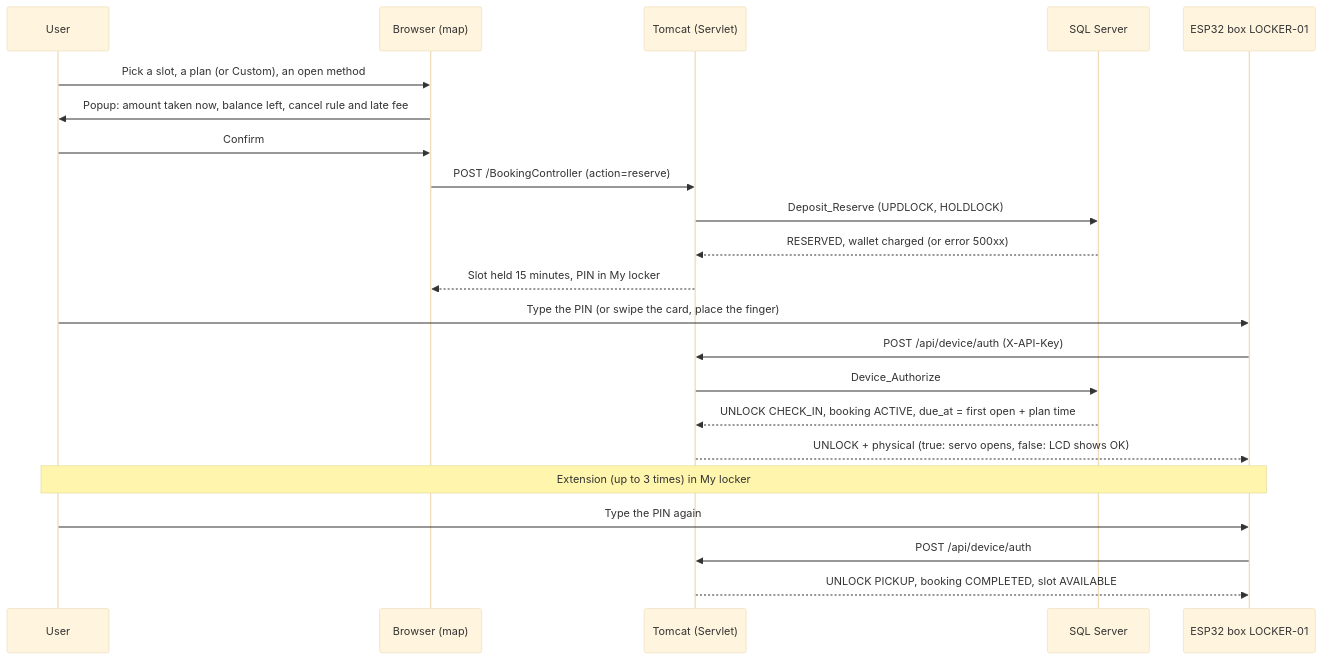
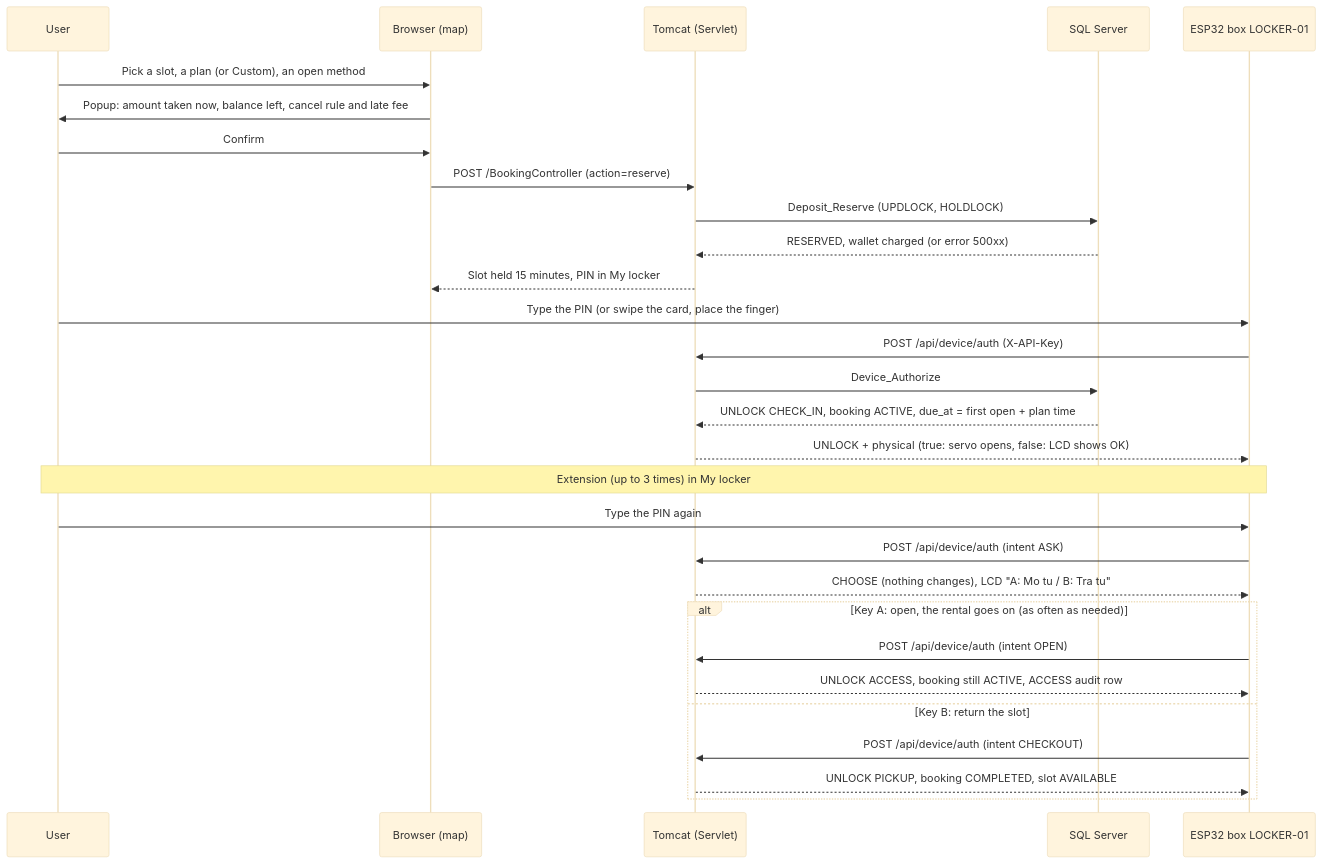
One commit to HoangDuc1003/SmartLocker changed the first of 4 diagrams in README.en.md. Above: the diagram before and after it, drawn with Mermaid (base theme). The commit also changed other lines of this file and 39 other files, not shown here.

Commit message:
update RFID flowwork and modify readme refactor codebase

````diff
--- a/README.en.md
+++ b/README.en.md
@@ -294,25 +301,32 @@
 ```mermaid
 sequenceDiagram
     participant U as User
     participant W as Browser (map)
     participant S as Tomcat (Servlet)
     participant D as SQL Server
     participant B as ESP32 box LOCKER-01
 
     U->>W: Pick a slot, a plan (or Custom), an open method
     W->>U: Popup: amount taken now, balance left, cancel rule and late fee
     U->>W: Confirm
     W->>S: POST /BookingController (action=reserve)
     S->>D: Deposit_Reserve (UPDLOCK, HOLDLOCK)
     D-->>S: RESERVED, wallet charged (or error 500xx)
     S-->>W: Slot held 15 minutes, PIN in My locker
     U->>B: Type the PIN (or swipe the card, place the finger)
     B->>S: POST /api/device/auth (X-API-Key)
     S->>D: Device_Authorize
     D-->>S: UNLOCK CHECK_IN, booking ACTIVE, due_at = first open + plan time
     S-->>B: UNLOCK + physical (true: servo opens, false: LCD shows OK)
     Note over U,B: Extension (up to 3 times) in My locker
     U->>B: Type the PIN again
-    B->>S: POST /api/device/auth
-    S-->>B: UNLOCK PICKUP, booking COMPLETED, slot AVAILABLE
+    B->>S: POST /api/device/auth (intent ASK)
+    S-->>B: CHOOSE (nothing changes), LCD "A: Mo tu / B: Tra tu"
+    alt Key A: open, the rental goes on (as often as needed)
+        B->>S: POST /api/device/auth (intent OPEN)
+        S-->>B: UNLOCK ACCESS, booking still ACTIVE, ACCESS audit row
+    else Key B: return the slot
+        B->>S: POST /api/device/auth (intent CHECKOUT)
+        S-->>B: UNLOCK PICKUP, booking COMPLETED, slot AVAILABLE
+    end
 ```
````
